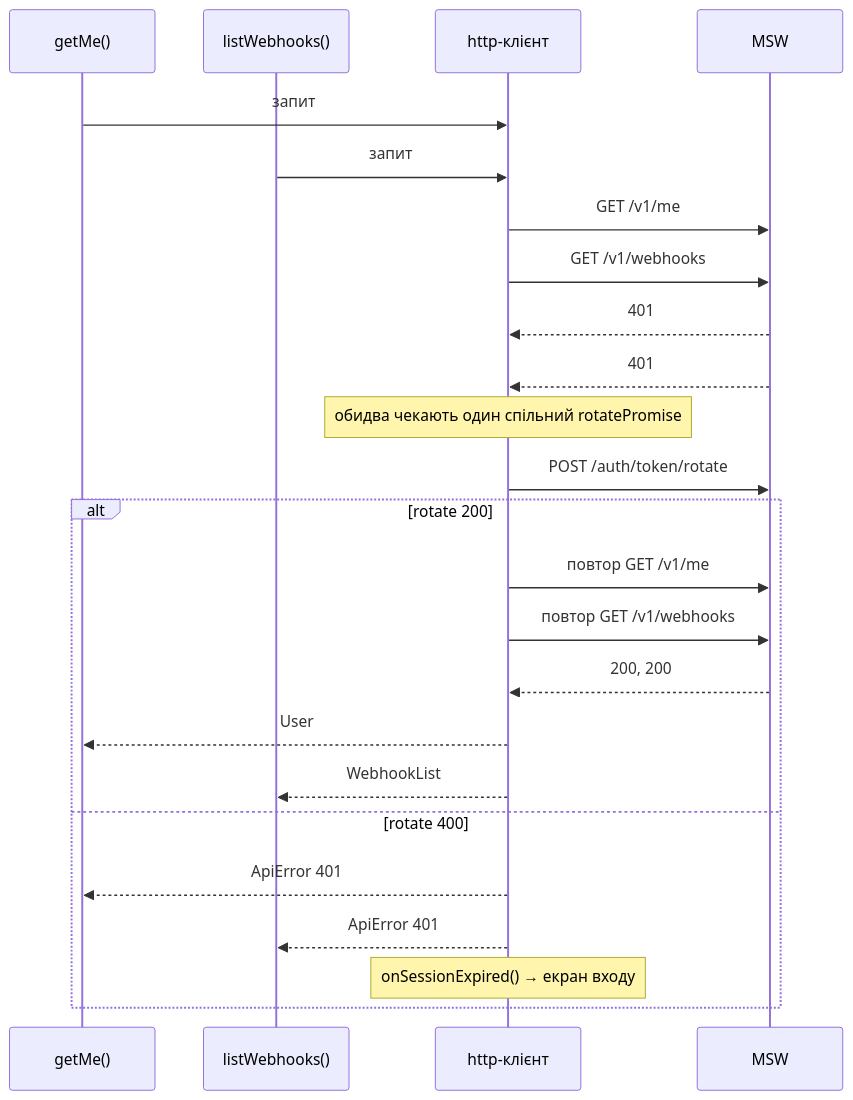
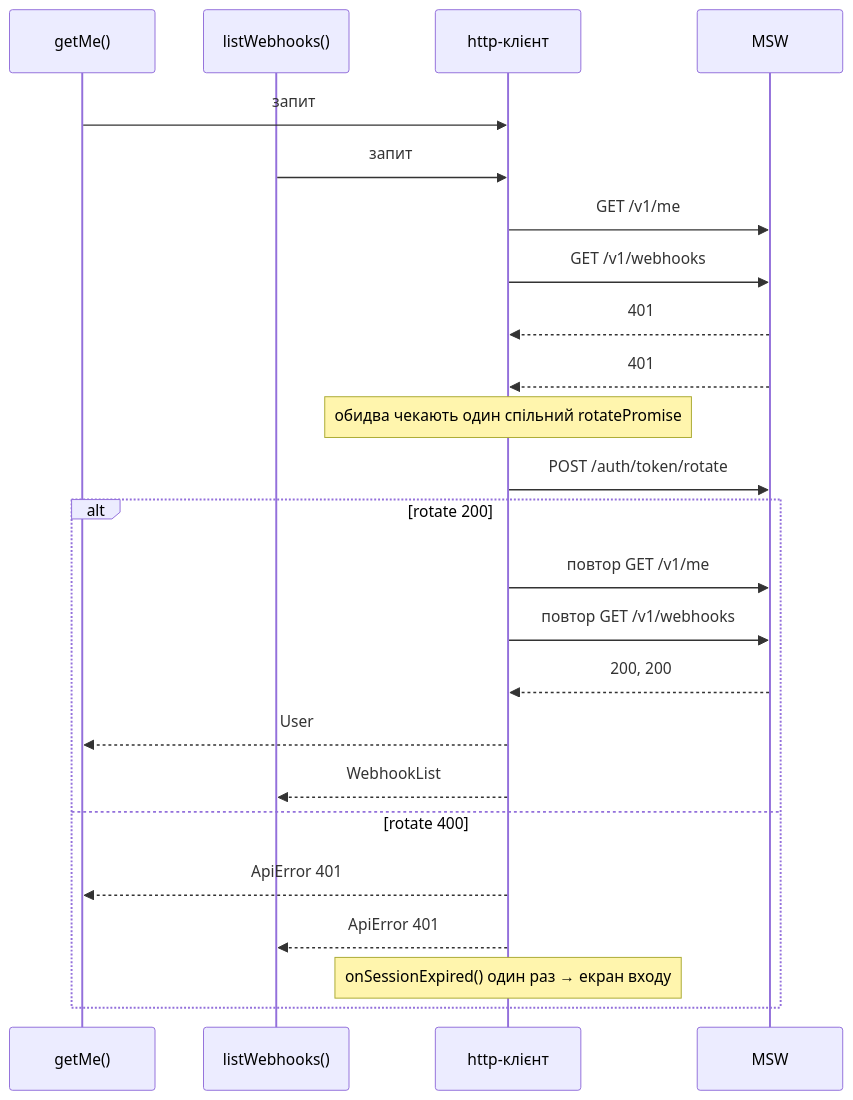
One commit to alekseyflorya/smart-sender-senior-frontend-test changed the diagram in README.md. Above: the diagram before and after it, drawn with Mermaid. The commit also changed other lines of this file, not shown here.

````diff
--- a/README.md
+++ b/README.md
@@ -81,26 +50,26 @@
 ```mermaid
 sequenceDiagram
   participant A as getMe()
   participant B as listWebhooks()
   participant C as http-клієнт
   participant S as MSW
   A->>C: запит
   B->>C: запит
   C->>S: GET /v1/me
   C->>S: GET /v1/webhooks
   S-->>C: 401
   S-->>C: 401
   Note over C: обидва чекають один спільний rotatePromise
   C->>S: POST /auth/token/rotate
   alt rotate 200
     C->>S: повтор GET /v1/me
     C->>S: повтор GET /v1/webhooks
     S-->>C: 200, 200
     C-->>A: User
     C-->>B: WebhookList
   else rotate 400
     C-->>A: ApiError 401
     C-->>B: ApiError 401
-    Note over C: onSessionExpired() → екран входу
+    Note over C: onSessionExpired() один раз → екран входу
   end
 ```
````
